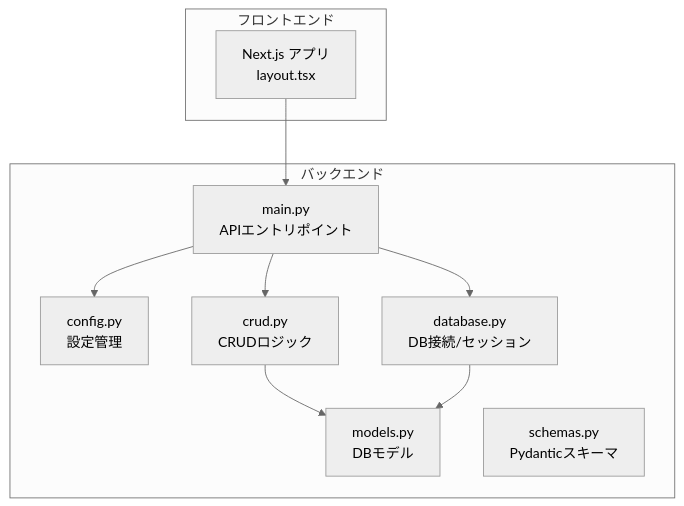
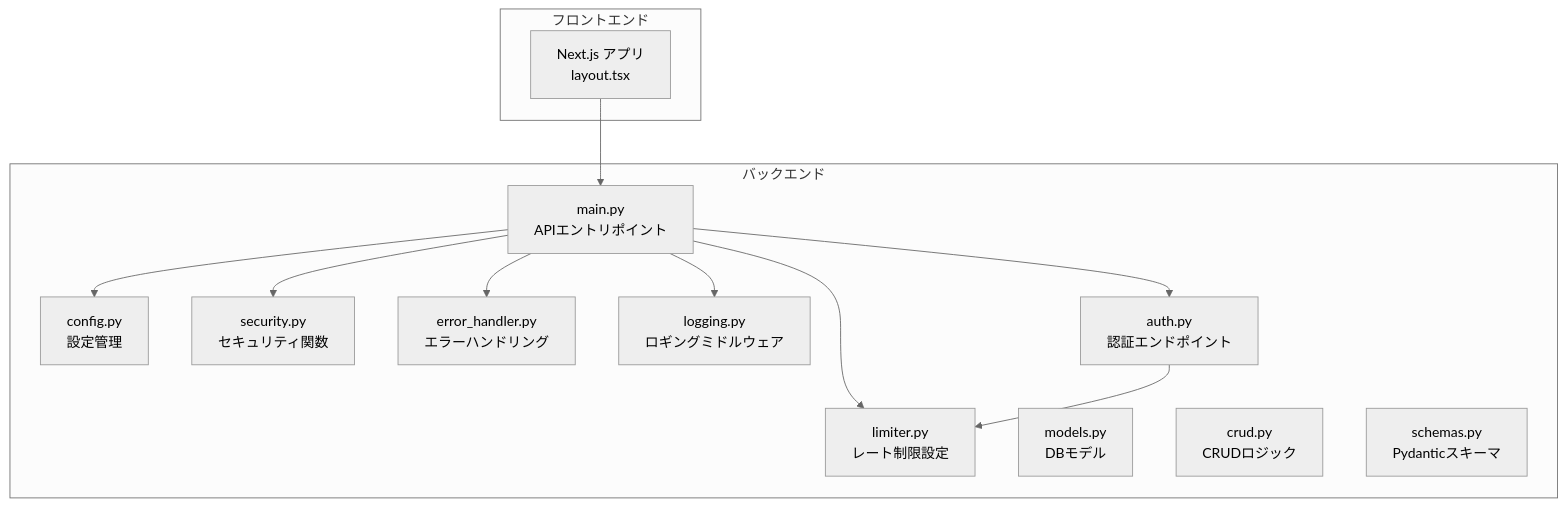
Before and after one commit to ss8806/Todos: the first of 9 diagrams in .qoder/repowiki/ja/content/セキュリティ.md, drawn with Mermaid (neutral theme). The commit also changed other lines of this file and 6 other files, not shown here.

````diff
--- a/.qoder/repowiki/ja/content/セキュリティ.md
+++ b/.qoder/repowiki/ja/content/セキュリティ.md
@@ -49,20 +55,26 @@
 ```mermaid
 graph TB
 subgraph "バックエンド"
 CFG["config.py<br/>設定管理"]
-DB["database.py<br/>DB接続/セッション"]
+LIM["limiter.py<br/>レート制限設定"]
+SEC["security.py<br/>セキュリティ関数"]
 MD["models.py<br/>DBモデル"]
 CR["crud.py<br/>CRUDロジック"]
 SC["schemas.py<br/>Pydanticスキーマ"]
 API["main.py<br/>APIエントリポイント"]
+EH["error_handler.py<br/>エラーハンドリング"]
+LOG["logging.py<br/>ロギングミドルウェア"]
+AUTH["auth.py<br/>認証エンドポイント"]
 end
 subgraph "フロントエンド"
 FE["Next.js アプリ<br/>layout.tsx"]
 end
 FE --> API
 API --> CFG
-API --> DB
-API --> CR
-CR --> MD
-DB --> MD
+API --> LIM
+API --> SEC
+API --> EH
+API --> LOG
+API --> AUTH
+AUTH --> LIM
 ```
````
